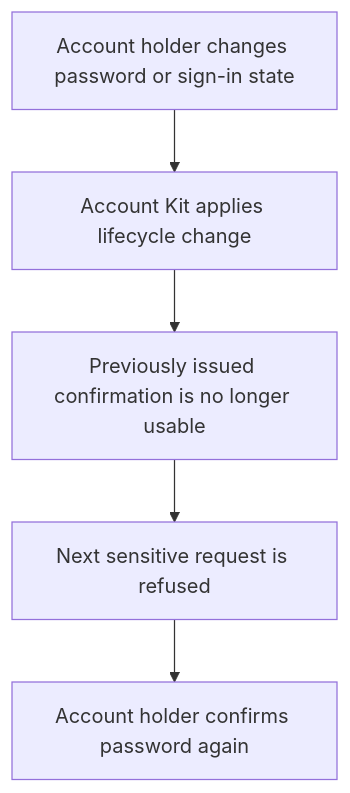
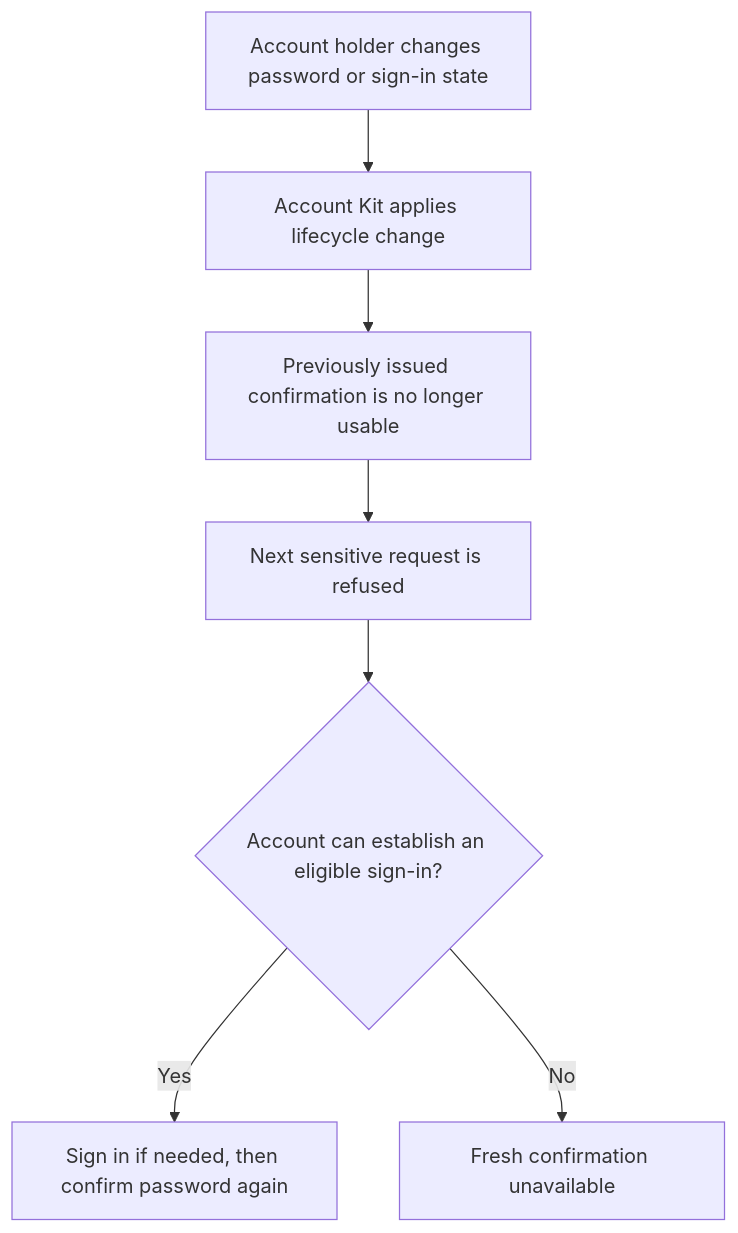
One commit to Kevinjohn/oss-adonisjs-confirm-action-with-password changed the first of 2 diagrams in user-stories/US-CONFIRM-03-revoke-confirmations.md. Above: the diagram before and after it, drawn with Mermaid. The commit also changed other lines of this file and 1 other file, not shown here.

Commit message:
docs: correct catalogue behavior and recovery flows

````diff
--- a/user-stories/US-CONFIRM-03-revoke-confirmations.md
+++ b/user-stories/US-CONFIRM-03-revoke-confirmations.md
@@ -20,7 +20,9 @@
 ```mermaid
 flowchart TD
     A["Account holder changes password or sign-in state"] --> B["Account Kit applies lifecycle change"]
     B --> C["Previously issued confirmation is no longer usable"]
     C --> D["Next sensitive request is refused"]
-    D --> E["Account holder confirms password again"]
+    D --> E{"Account can establish an eligible sign-in?"}
+    E -->|Yes| F["Sign in if needed, then confirm password again"]
+    E -->|No| G["Fresh confirmation unavailable"]
 ```
````
